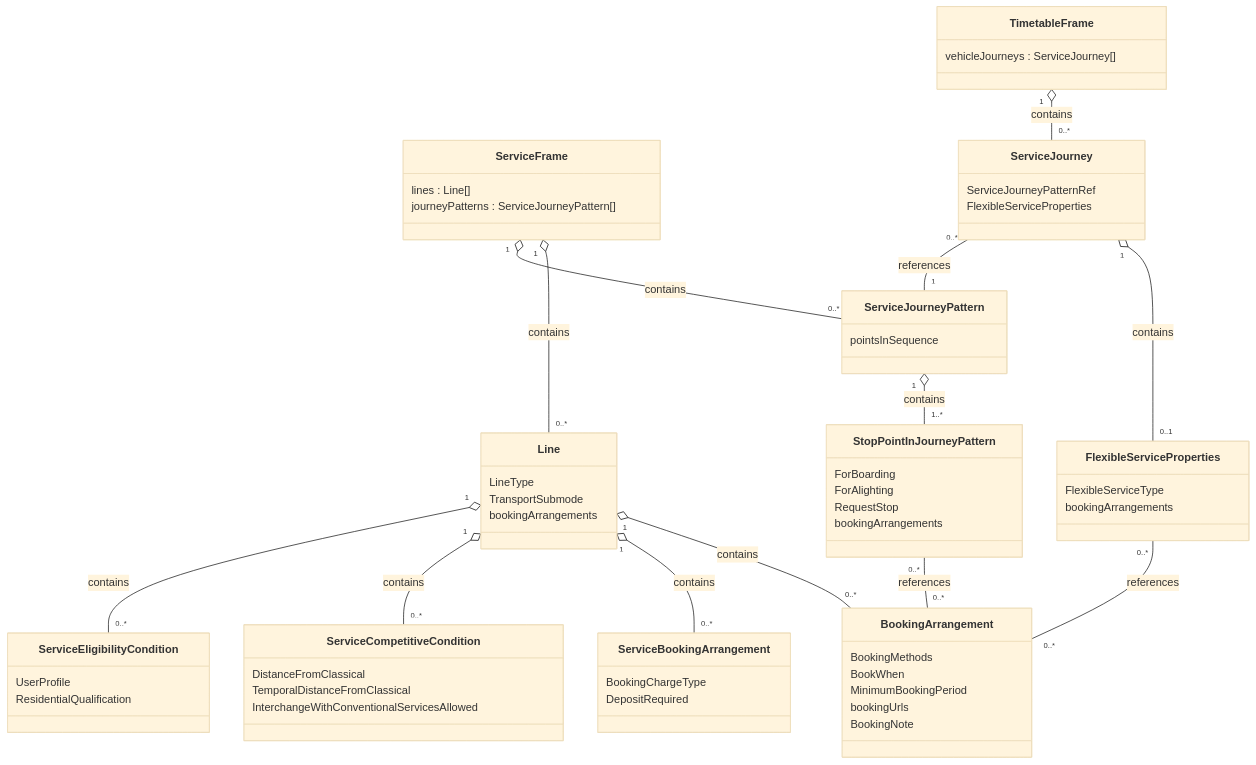
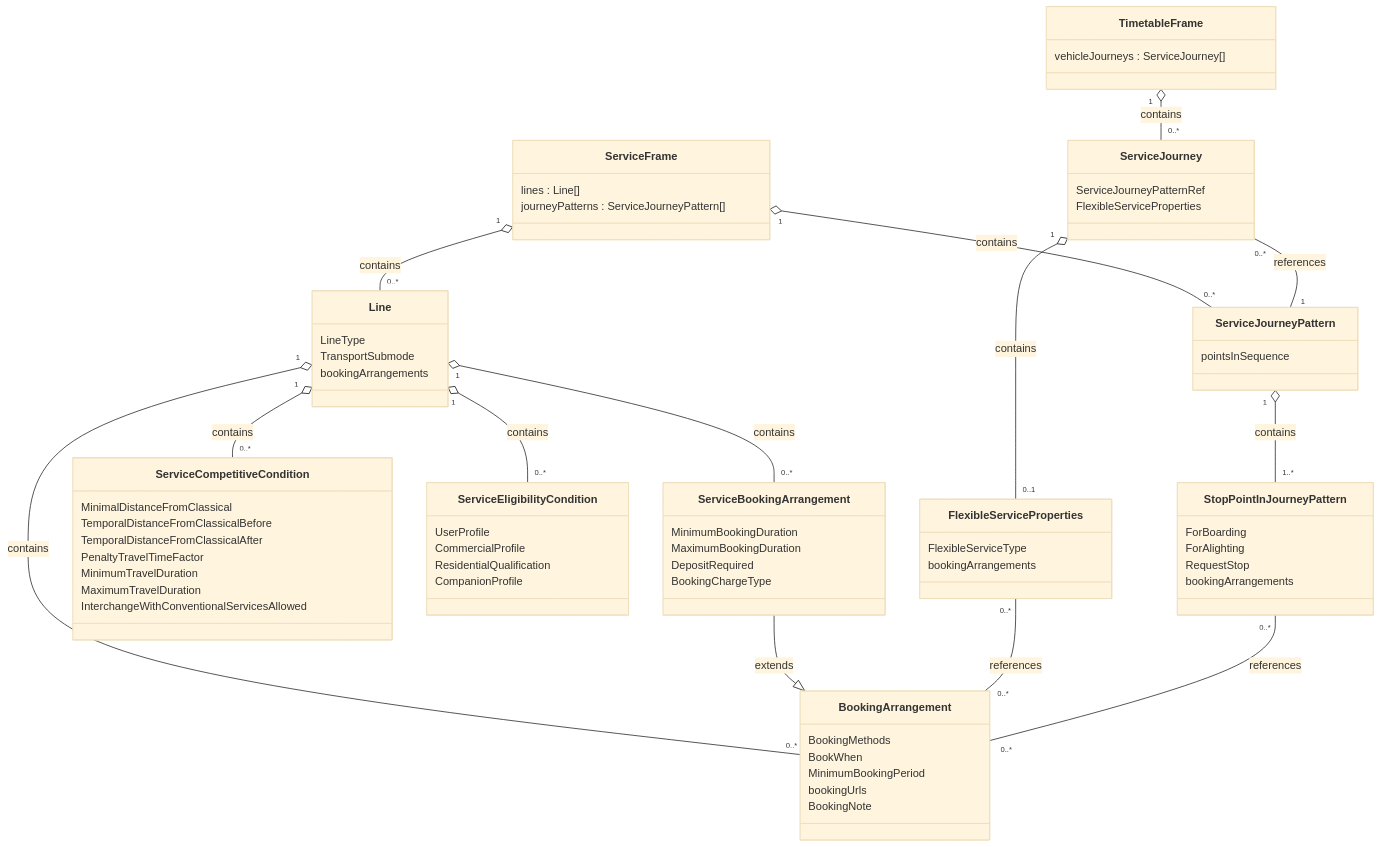
One commit to openTdataCH/netexRealisationGuideSwitzerland changed the first of 2 diagrams in src/uc16_drt.md. Above: the diagram before and after it, drawn with Mermaid (base theme). The commit also changed other lines of this file, not shown here.

```diff
--- a/src/uc16_drt.md
+++ b/src/uc16_drt.md
@@ -91,17 +99,25 @@
         BookingNote
     }
     class ServiceBookingArrangement:::contained {
+        MinimumBookingDuration
+        MaximumBookingDuration
+        DepositRequired
         BookingChargeType
-        DepositRequired
     }
     class ServiceCompetitiveCondition:::contained {
-        DistanceFromClassical
-        TemporalDistanceFromClassical
+        MinimalDistanceFromClassical
+        TemporalDistanceFromClassicalBefore
+        TemporalDistanceFromClassicalAfter
+        PenaltyTravelTimeFactor
+        MinimumTravelDuration
+        MaximumTravelDuration
         InterchangeWithConventionalServicesAllowed
     }
     class ServiceEligibilityCondition:::contained {
         UserProfile
+        CommercialProfile
         ResidentialQualification
+        CompanionProfile
     }
     class ServiceJourneyPattern:::contained {
         pointsInSequence
@@ -129,6 +145,7 @@
     Line "1" o-- "0..*" ServiceBookingArrangement : contains
     Line "1" o-- "0..*" ServiceCompetitiveCondition : contains
     Line "1" o-- "0..*" ServiceEligibilityCondition : contains
+    ServiceBookingArrangement --|> BookingArrangement : extends
     ServiceJourneyPattern "1" o-- "1..*" StopPointInJourneyPattern : contains
     ServiceJourney "1" o-- "0..1" FlexibleServiceProperties : contains
 
```
